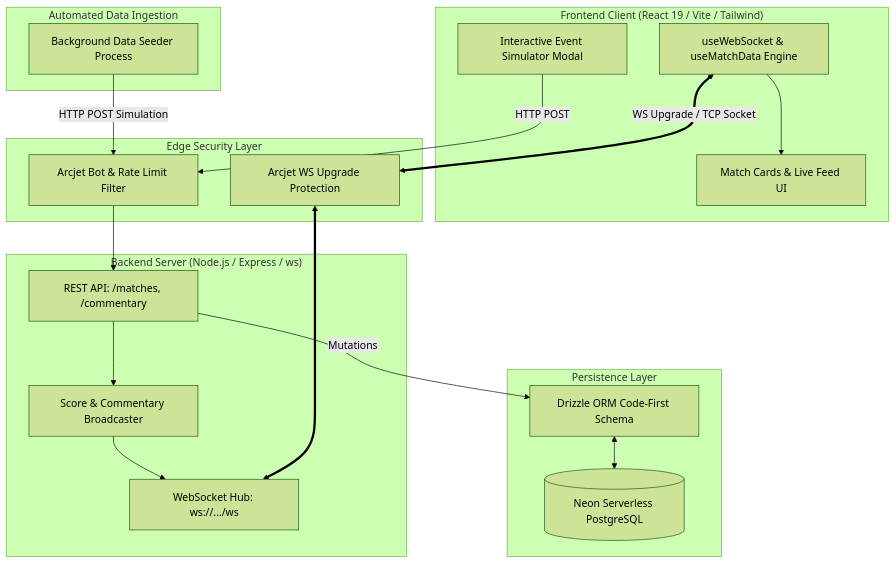
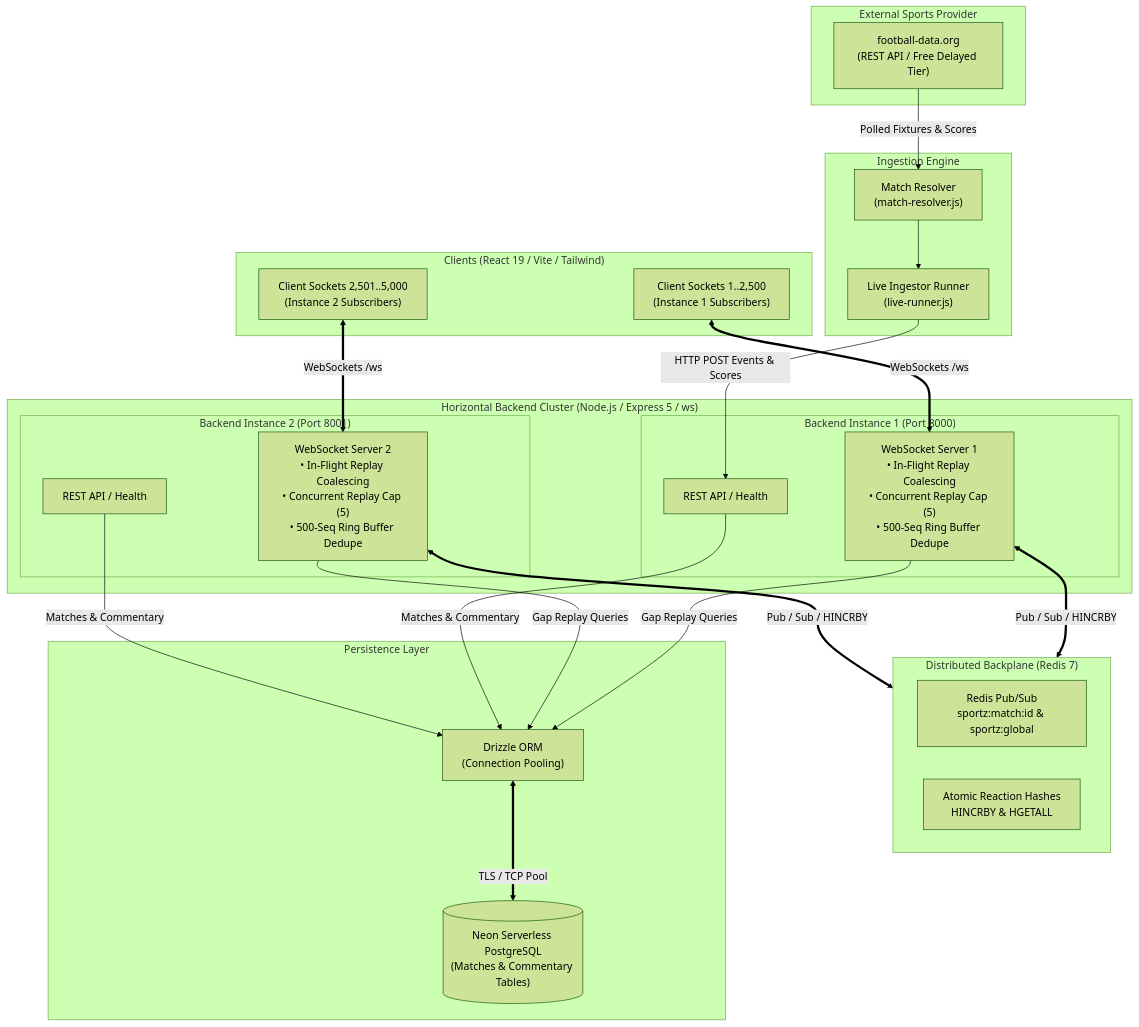
The diagram in README.md (vpn-cli/sockets), drawn with Mermaid (forest theme) before and after one commit. The commit also changed other lines of this file and 3 other files, not shown here.

Commit message:
docs: update architecture diagram, benchmark workload metrics, and platform limitations

````diff
--- a/README.md
+++ b/README.md
@@ -31,41 +31,53 @@
 ```mermaid
-graph TD;
-    subgraph Client["Frontend Client (React 19 / Vite / Tailwind)"]
-        UI[Match Cards & Live Feed UI]
-        Hook[useWebSocket & useMatchData Engine]
-        Sim[Interactive Event Simulator Modal]
+flowchart TD
+    subgraph Clients["Clients (React 19 / Vite / Tailwind)"]
+        C1["Client Sockets 1..2,500\n(Instance 1 Subscribers)"]
+        C2["Client Sockets 2,501..5,000\n(Instance 2 Subscribers)"]
     end
 
-    subgraph Security["Edge Security Layer"]
-        ArcjetRest[Arcjet Bot & Rate Limit Filter]
-        ArcjetWS[Arcjet WS Upgrade Protection]
+    subgraph Cluster["Horizontal Backend Cluster (Node.js / Express 5 / ws)"]
+        subgraph Inst1["Backend Instance 1 (Port 8000)"]
+            WS1["WebSocket Server 1\n• In-Flight Replay Coalescing\n• Concurrent Replay Cap (5)\n• 500-Seq Ring Buffer Dedupe"]
+            REST1["REST API / Health"]
+        end
+        subgraph Inst2["Backend Instance 2 (Port 8001)"]
+            WS2["WebSocket Server 2\n• In-Flight Replay Coalescing\n• Concurrent Replay Cap (5)\n• 500-Seq Ring Buffer Dedupe"]
+            REST2["REST API / Health"]
+        end
     end
 
-    subgraph Backend["Backend Server (Node.js / Express / ws)"]
-        Router[REST API: /matches, /commentary]
-        WSServer[WebSocket Hub: ws://.../ws]
-        Broadcaster[Score & Commentary Broadcaster]
+    subgraph Redis["Distributed Backplane (Redis 7)"]
+        PubSub["Redis Pub/Sub\nsportz:match:id & sportz:global"]
+        Hash["Atomic Reaction Hashes\nHINCRBY & HGETALL"]
     end
 
-    subgraph Ingestion["Automated Data Ingestion"]
-        Worker[Background Data Seeder Process]
+    subgraph Storage["Persistence Layer"]
+        Drizzle["Drizzle ORM\n(Connection Pooling)"]
+        Postgres[("Neon Serverless PostgreSQL\n(Matches & Commentary Tables)")]
     end
 
-    subgraph Database["Persistence Layer"]
-        Drizzle[Drizzle ORM Code-First Schema]
-        Neon[(Neon Serverless PostgreSQL)]
+    subgraph Ingestion["Ingestion Engine"]
+        Runner["Live Ingestor Runner\n(live-runner.js)"]
+        Resolver["Match Resolver\n(match-resolver.js)"]
     end
 
-    Sim -->|HTTP POST| ArcjetRest
-    Worker -->|HTTP POST Simulation| ArcjetRest
-    ArcjetRest --> Router
-    Router -->|Mutations| Drizzle
-    Drizzle <--> Neon
+    subgraph External["External Sports Provider"]
+        Provider["football-data.org\n(REST API / Free Delayed Tier)"]
+    end
 
-    Router --> Broadcaster
-    Broadcaster --> WSServer
+    C1 <==>|WebSockets /ws| WS1
+    C2 <==>|WebSockets /ws| WS2
 
-    Hook <==>|WS Upgrade / TCP Socket| ArcjetWS
-    ArcjetWS <==> WSServer
-    Hook --> UI
+    WS1 <==>|Pub / Sub / HINCRBY| Redis
+    WS2 <==>|Pub / Sub / HINCRBY| Redis
+
+    WS1 -->|Gap Replay Queries| Drizzle
+    WS2 -->|Gap Replay Queries| Drizzle
+    REST1 -->|Matches & Commentary| Drizzle
+    REST2 -->|Matches & Commentary| Drizzle
+    Drizzle <==>|TLS / TCP Pool| Postgres
+
+    Provider -->|Polled Fixtures & Scores| Resolver
+    Resolver --> Runner
+    Runner -->|HTTP POST Events & Scores| REST1
 ```
````
